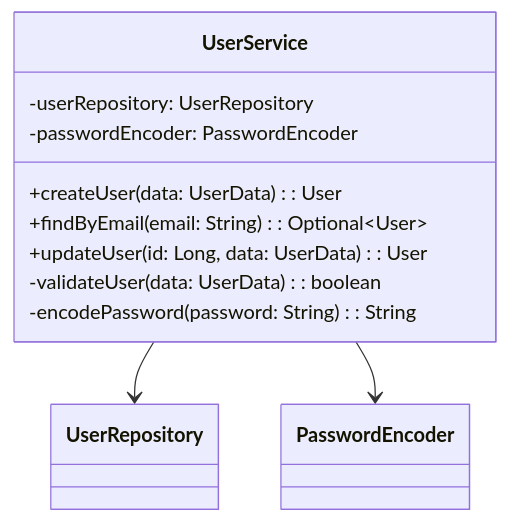
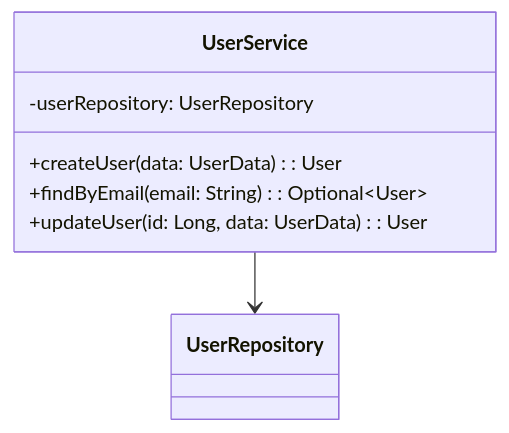
Before and after one commit to pbaletkeman/documentor: the diagram in docs/USAGE_EXAMPLES.md, drawn with Mermaid. The commit also changed other lines of this file and 17 other files, not shown here.

````diff
--- a/docs/USAGE_EXAMPLES.md
+++ b/docs/USAGE_EXAMPLES.md
@@ -356,15 +366,10 @@
 ```mermaid
 classDiagram
     class UserService {
         -userRepository: UserRepository
-        -passwordEncoder: PasswordEncoder
         +createUser(data: UserData): User
         +findByEmail(email: String): Optional~User~
         +updateUser(id: Long, data: UserData): User
-        -validateUser(data: UserData): boolean
-        -encodePassword(password: String): String
     }
-
     UserService --> UserRepository
-    UserService --> PasswordEncoder
 ```
````
